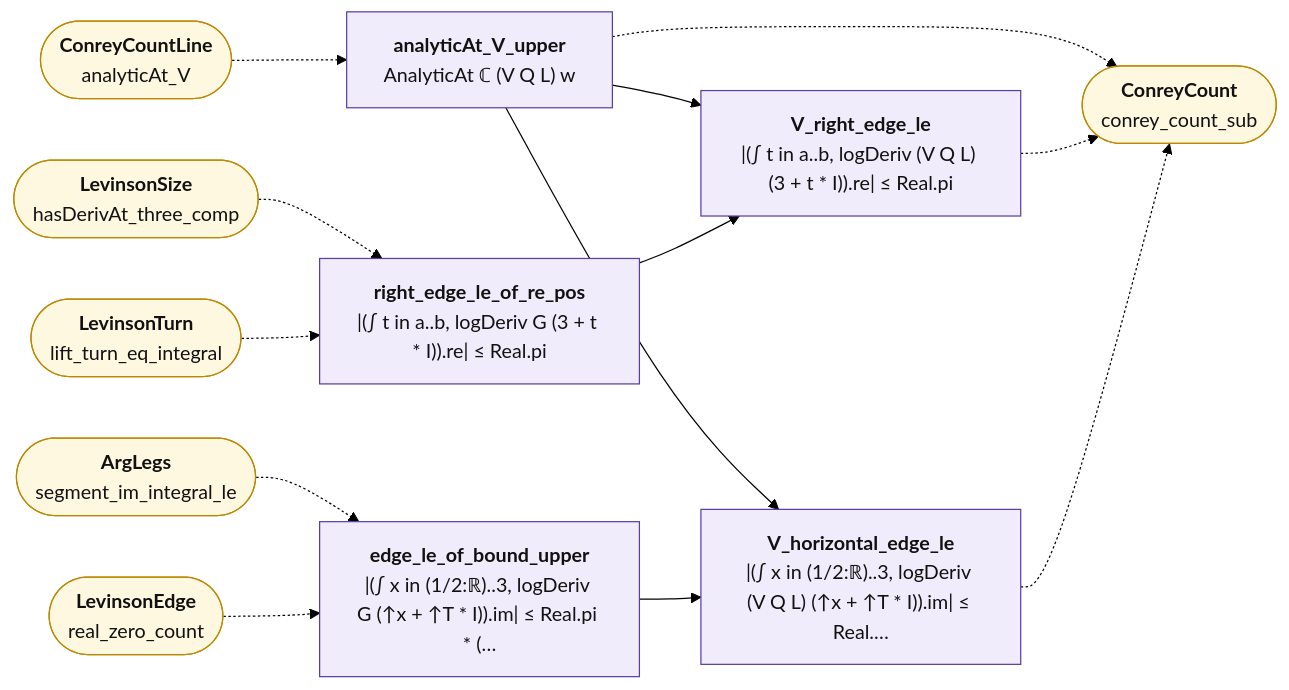
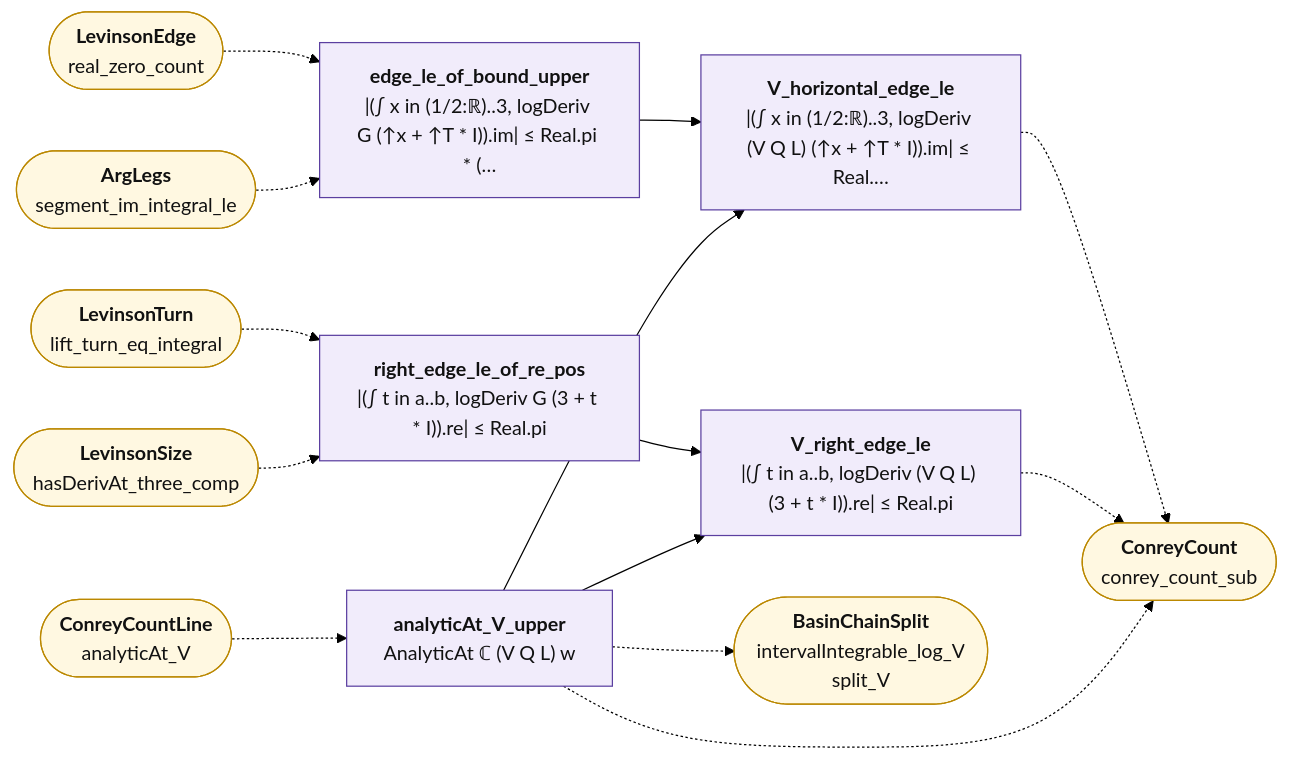
One commit to juliansambranojr/Primebeat_081426 changed the diagram in map/lean_stage3/ConreyCountEdge.md. Above: the diagram before and after it, drawn with Mermaid (forest theme). The commit also changed other lines of this file and 60 other files, not shown here.

````diff
--- a/map/lean_stage3/ConreyCountEdge.md
+++ b/map/lean_stage3/ConreyCountEdge.md
@@ -14,34 +14,36 @@
 ```mermaid
 flowchart LR
   n0["<b>analyticAt_V_upper</b><br/>AnalyticAt ℂ (V Q L) w"]:::shp
   n1["<b>right_edge_le_of_re_pos</b><br/>|(∫ t in a..b, logDeriv G (3 + t * I)).re| ≤ Real.pi"]:::shp
   n2["<b>edge_le_of_bound_upper</b><br/>|(∫ x in (1/2:ℝ)..3, logDeriv G (↑x + ↑T * I)).im| ≤ Real.pi * (…"]:::shp
   n3["<b>V_right_edge_le</b><br/>|(∫ t in a..b, logDeriv (V Q L) (3 + t * I)).re| ≤ Real.pi"]:::shp
   n4["<b>V_horizontal_edge_le</b><br/>|(∫ x in (1/2:ℝ)..3, logDeriv (V Q L) (↑x + ↑T * I)).im| ≤ Real.…"]:::shp
   x0(["<b>ConreyCountLine</b><br/>analyticAt_V"]):::ext
-  x1(["<b>ConreyCount</b><br/>conrey_count_sub"]):::ext
-  x2(["<b>LevinsonSize</b><br/>hasDerivAt_three_comp"]):::ext
-  x3(["<b>LevinsonTurn</b><br/>lift_turn_eq_integral"]):::ext
-  x4(["<b>ArgLegs</b><br/>segment_im_integral_le"]):::ext
-  x5(["<b>LevinsonEdge</b><br/>real_zero_count"]):::ext
+  x1(["<b>BasinChainSplit</b><br/>intervalIntegrable_log_V<br/>split_V"]):::ext
+  x2(["<b>ConreyCount</b><br/>conrey_count_sub"]):::ext
+  x3(["<b>LevinsonSize</b><br/>hasDerivAt_three_comp"]):::ext
+  x4(["<b>LevinsonTurn</b><br/>lift_turn_eq_integral"]):::ext
+  x5(["<b>ArgLegs</b><br/>segment_im_integral_le"]):::ext
+  x6(["<b>LevinsonEdge</b><br/>real_zero_count"]):::ext
   n0 --> n3
   n0 --> n4
   n1 --> n3
   n2 --> n4
   n0 -.-> x1
-  n3 -.-> x1
-  n4 -.-> x1
+  n0 -.-> x2
+  n3 -.-> x2
+  n4 -.-> x2
   x0 -.-> n0
-  x2 -.-> n1
   x3 -.-> n1
-  x4 -.-> n2
+  x4 -.-> n1
   x5 -.-> n2
+  x6 -.-> n2
   classDef cnt fill:#dff5ec,stroke:#17694a,color:#111
   classDef shp fill:#f1ecfb,stroke:#5b3fa0,color:#111
   classDef rh fill:#ffe5e5,stroke:#c22,color:#111,stroke-width:2px
   classDef thm fill:#eef4ff,stroke:#335,color:#111
   classDef end_ fill:#e7f7e7,stroke:#2a7,color:#111,stroke-width:2px
   classDef lone fill:#fff,stroke:#999,color:#111,stroke-dasharray:4 3
   classDef bad fill:#ffe5e5,stroke:#c22,color:#111,stroke-width:2px
   classDef ext fill:#fff8e1,stroke:#b80,color:#111
 ```
````
